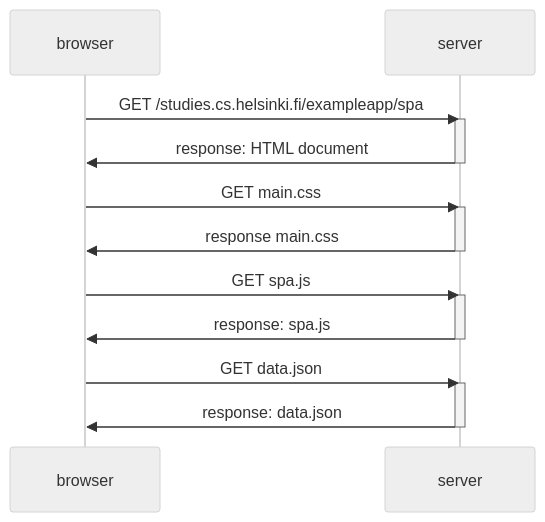
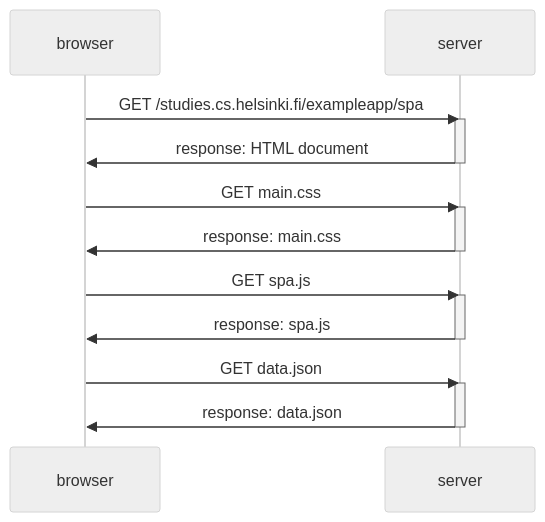
Before and after one commit to mikhailtarabtsev/FSO-exercises: the diagram in part0/0.5.mmd, drawn with Mermaid (neutral theme).

```diff
--- a/part0/0.5.mmd
+++ b/part0/0.5.mmd
@@ -1,23 +1,23 @@
 sequenceDiagram
     participant browser
     participant server
 
     browser ->> server: GET /studies.cs.helsinki.fi/exampleapp/spa
     activate server
     server ->> browser: response: HTML document
     deactivate server
 
     browser ->> server: GET main.css
     activate server 
-    server ->> browser: response main.css
+    server ->> browser: response: main.css
     deactivate server
 
     browser ->> server: GET spa.js
     activate server 
     server ->> browser: response: spa.js
     deactivate server
 
     browser ->> server: GET data.json
     activate server 
     server ->> browser: response: data.json
     deactivate server
```
